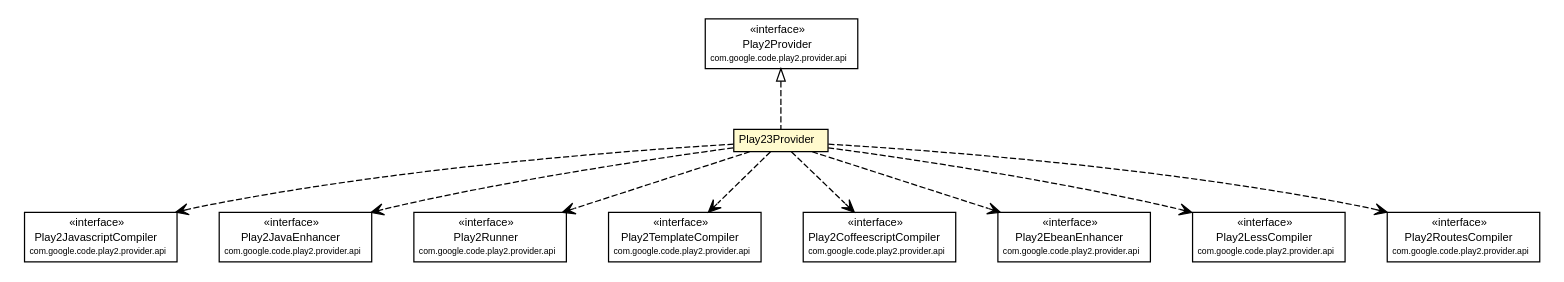
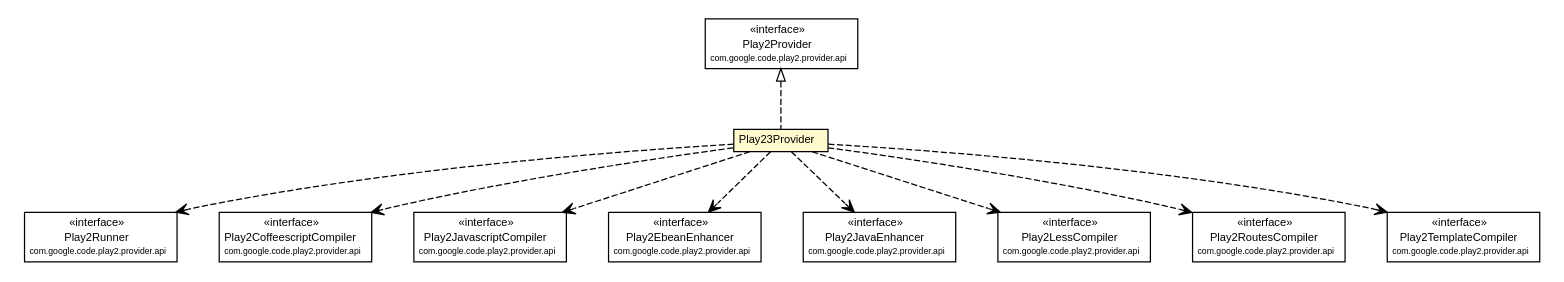
The diagram in play2-maven-plugin/1.0.0-beta6-SNAPSHOT/play2-providers/play2-provider-play23/apidocs/com/google/code/play2/provider/play23/Play23Provider.dot (play2-maven-plugin/play2-maven-plugin.github.io), drawn with Graphviz before and after one commit. The commit also changed 394 other files, not shown here.

```diff
--- a/play2-maven-plugin/1.0.0-beta6-SNAPSHOT/play2-providers/play2-provider-play23/apidocs/com/google/code/play2/provider/play23/Play23Provider.dot
+++ b/play2-maven-plugin/1.0.0-beta6-SNAPSHOT/play2-providers/play2-provider-play23/apidocs/com/google/code/play2/provider/play23/Play23Provider.dot
@@ -1,108 +1,108 @@
 #!/usr/local/bin/dot
 #
 # Class diagram 
 # Generated by UMLGraph version R5_6-24-gf6e263 (http://www.umlgraph.org/)
 #
 
 digraph G {
 	edge [fontname="arial",fontsize=10,labelfontname="arial",labelfontsize=10];
 	node [fontname="arial",fontsize=10,shape=plaintext];
 	nodesep=0.25;
 	ranksep=0.5;
 	// com.google.code.play2.provider.play23.Play23Provider
 	c189 [label=<<table title="com.google.code.play2.provider.play23.Play23Provider" border="0" cellborder="1" cellspacing="0" cellpadding="2" port="p" bgcolor="lemonChiffon" href="./Play23Provider.html">
 		<tr><td><table border="0" cellspacing="0" cellpadding="1">
 <tr><td align="center" balign="center"> Play23Provider </td></tr>
 		</table></td></tr>
 		</table>>, URL="./Play23Provider.html", fontname="arial", fontcolor="black", fontsize=9.0];
 	//com.google.code.play2.provider.play23.Play23Provider implements com.google.code.play2.provider.api.Play2Provider
 	c198:p -> c189:p [dir=back,arrowtail=empty,style=dashed];
+	// com.google.code.play2.provider.play23.Play23Provider DEPEND com.google.code.play2.provider.api.Play2Runner
+	c189:p -> c199:p [taillabel="", label="", headlabel="", fontname="arial", fontcolor="black", fontsize=10.0, color="black", arrowhead=open, style=dashed];
+	// com.google.code.play2.provider.play23.Play23Provider DEPEND com.google.code.play2.provider.api.Play2CoffeescriptCompiler
+	c189:p -> c200:p [taillabel="", label="", headlabel="", fontname="arial", fontcolor="black", fontsize=10.0, color="black", arrowhead=open, style=dashed];
 	// com.google.code.play2.provider.play23.Play23Provider DEPEND com.google.code.play2.provider.api.Play2JavascriptCompiler
-	c189:p -> c199:p [taillabel="", label="", headlabel="", fontname="arial", fontcolor="black", fontsize=10.0, color="black", arrowhead=open, style=dashed];
+	c189:p -> c201:p [taillabel="", label="", headlabel="", fontname="arial", fontcolor="black", fontsize=10.0, color="black", arrowhead=open, style=dashed];
+	// com.google.code.play2.provider.play23.Play23Provider DEPEND com.google.code.play2.provider.api.Play2EbeanEnhancer
+	c189:p -> c202:p [taillabel="", label="", headlabel="", fontname="arial", fontcolor="black", fontsize=10.0, color="black", arrowhead=open, style=dashed];
 	// com.google.code.play2.provider.play23.Play23Provider DEPEND com.google.code.play2.provider.api.Play2JavaEnhancer
-	c189:p -> c200:p [taillabel="", label="", headlabel="", fontname="arial", fontcolor="black", fontsize=10.0, color="black", arrowhead=open, style=dashed];
-	// com.google.code.play2.provider.play23.Play23Provider DEPEND com.google.code.play2.provider.api.Play2Runner
-	c189:p -> c201:p [taillabel="", label="", headlabel="", fontname="arial", fontcolor="black", fontsize=10.0, color="black", arrowhead=open, style=dashed];
+	c189:p -> c203:p [taillabel="", label="", headlabel="", fontname="arial", fontcolor="black", fontsize=10.0, color="black", arrowhead=open, style=dashed];
+	// com.google.code.play2.provider.play23.Play23Provider DEPEND com.google.code.play2.provider.api.Play2LessCompiler
+	c189:p -> c204:p [taillabel="", label="", headlabel="", fontname="arial", fontcolor="black", fontsize=10.0, color="black", arrowhead=open, style=dashed];
+	// com.google.code.play2.provider.play23.Play23Provider DEPEND com.google.code.play2.provider.api.Play2RoutesCompiler
+	c189:p -> c205:p [taillabel="", label="", headlabel="", fontname="arial", fontcolor="black", fontsize=10.0, color="black", arrowhead=open, style=dashed];
 	// com.google.code.play2.provider.play23.Play23Provider DEPEND com.google.code.play2.provider.api.Play2TemplateCompiler
-	c189:p -> c202:p [taillabel="", label="", headlabel="", fontname="arial", fontcolor="black", fontsize=10.0, color="black", arrowhead=open, style=dashed];
-	// com.google.code.play2.provider.play23.Play23Provider DEPEND com.google.code.play2.provider.api.Play2CoffeescriptCompiler
-	c189:p -> c203:p [taillabel="", label="", headlabel="", fontname="arial", fontcolor="black", fontsize=10.0, color="black", arrowhead=open, style=dashed];
-	// com.google.code.play2.provider.play23.Play23Provider DEPEND com.google.code.play2.provider.api.Play2EbeanEnhancer
-	c189:p -> c204:p [taillabel="", label="", headlabel="", fontname="arial", fontcolor="black", fontsize=10.0, color="black", arrowhead=open, style=dashed];
-	// com.google.code.play2.provider.play23.Play23Provider DEPEND com.google.code.play2.provider.api.Play2LessCompiler
-	c189:p -> c205:p [taillabel="", label="", headlabel="", fontname="arial", fontcolor="black", fontsize=10.0, color="black", arrowhead=open, style=dashed];
-	// com.google.code.play2.provider.play23.Play23Provider DEPEND com.google.code.play2.provider.api.Play2RoutesCompiler
 	c189:p -> c206:p [taillabel="", label="", headlabel="", fontname="arial", fontcolor="black", fontsize=10.0, color="black", arrowhead=open, style=dashed];
 	// com.google.code.play2.provider.api.Play2Provider
 	c198 [label=<<table title="com.google.code.play2.provider.api.Play2Provider" border="0" cellborder="1" cellspacing="0" cellpadding="2" port="p">
 		<tr><td><table border="0" cellspacing="0" cellpadding="1">
 <tr><td align="center" balign="center"> &#171;interface&#187; </td></tr>
 <tr><td align="center" balign="center"> Play2Provider </td></tr>
 <tr><td align="center" balign="center"><font point-size="7.0"> com.google.code.play2.provider.api </font></td></tr>
 		</table></td></tr>
 		</table>>, URL="null", fontname="arial", fontcolor="black", fontsize=9.0];
 	// com.google.code.play2.provider.api.Play2RoutesCompiler
-	c206 [label=<<table title="com.google.code.play2.provider.api.Play2RoutesCompiler" border="0" cellborder="1" cellspacing="0" cellpadding="2" port="p">
+	c205 [label=<<table title="com.google.code.play2.provider.api.Play2RoutesCompiler" border="0" cellborder="1" cellspacing="0" cellpadding="2" port="p">
 		<tr><td><table border="0" cellspacing="0" cellpadding="1">
 <tr><td align="center" balign="center"> &#171;interface&#187; </td></tr>
 <tr><td align="center" balign="center"> Play2RoutesCompiler </td></tr>
 <tr><td align="center" balign="center"><font point-size="7.0"> com.google.code.play2.provider.api </font></td></tr>
 		</table></td></tr>
 		</table>>, URL="null", fontname="arial", fontcolor="black", fontsize=9.0];
 	// com.google.code.play2.provider.api.Play2LessCompiler
-	c205 [label=<<table title="com.google.code.play2.provider.api.Play2LessCompiler" border="0" cellborder="1" cellspacing="0" cellpadding="2" port="p">
+	c204 [label=<<table title="com.google.code.play2.provider.api.Play2LessCompiler" border="0" cellborder="1" cellspacing="0" cellpadding="2" port="p">
 		<tr><td><table border="0" cellspacing="0" cellpadding="1">
 <tr><td align="center" balign="center"> &#171;interface&#187; </td></tr>
 <tr><td align="center" balign="center"> Play2LessCompiler </td></tr>
 <tr><td align="center" balign="center"><font point-size="7.0"> com.google.code.play2.provider.api </font></td></tr>
 		</table></td></tr>
 		</table>>, URL="null", fontname="arial", fontcolor="black", fontsize=9.0];
 	// com.google.code.play2.provider.api.Play2TemplateCompiler
-	c202 [label=<<table title="com.google.code.play2.provider.api.Play2TemplateCompiler" border="0" cellborder="1" cellspacing="0" cellpadding="2" port="p">
+	c206 [label=<<table title="com.google.code.play2.provider.api.Play2TemplateCompiler" border="0" cellborder="1" cellspacing="0" cellpadding="2" port="p">
 		<tr><td><table border="0" cellspacing="0" cellpadding="1">
 <tr><td align="center" balign="center"> &#171;interface&#187; </td></tr>
 <tr><td align="center" balign="center"> Play2TemplateCompiler </td></tr>
 <tr><td align="center" balign="center"><font point-size="7.0"> com.google.code.play2.provider.api </font></td></tr>
 		</table></td></tr>
 		</table>>, URL="null", fontname="arial", fontcolor="black", fontsize=9.0];
 	// com.google.code.play2.provider.api.Play2CoffeescriptCompiler
-	c203 [label=<<table title="com.google.code.play2.provider.api.Play2CoffeescriptCompiler" border="0" cellborder="1" cellspacing="0" cellpadding="2" port="p">
+	c200 [label=<<table title="com.google.code.play2.provider.api.Play2CoffeescriptCompiler" border="0" cellborder="1" cellspacing="0" cellpadding="2" port="p">
 		<tr><td><table border="0" cellspacing="0" cellpadding="1">
 <tr><td align="center" balign="center"> &#171;interface&#187; </td></tr>
 <tr><td align="center" balign="center"> Play2CoffeescriptCompiler </td></tr>
 <tr><td align="center" balign="center"><font point-size="7.0"> com.google.code.play2.provider.api </font></td></tr>
 		</table></td></tr>
 		</table>>, URL="null", fontname="arial", fontcolor="black", fontsize=9.0];
 	// com.google.code.play2.provider.api.Play2EbeanEnhancer
-	c204 [label=<<table title="com.google.code.play2.provider.api.Play2EbeanEnhancer" border="0" cellborder="1" cellspacing="0" cellpadding="2" port="p">
+	c202 [label=<<table title="com.google.code.play2.provider.api.Play2EbeanEnhancer" border="0" cellborder="1" cellspacing="0" cellpadding="2" port="p">
 		<tr><td><table border="0" cellspacing="0" cellpadding="1">
 <tr><td align="center" balign="center"> &#171;interface&#187; </td></tr>
 <tr><td align="center" balign="center"> Play2EbeanEnhancer </td></tr>
 <tr><td align="center" balign="center"><font point-size="7.0"> com.google.code.play2.provider.api </font></td></tr>
 		</table></td></tr>
 		</table>>, URL="null", fontname="arial", fontcolor="black", fontsize=9.0];
 	// com.google.code.play2.provider.api.Play2JavascriptCompiler
-	c199 [label=<<table title="com.google.code.play2.provider.api.Play2JavascriptCompiler" border="0" cellborder="1" cellspacing="0" cellpadding="2" port="p">
+	c201 [label=<<table title="com.google.code.play2.provider.api.Play2JavascriptCompiler" border="0" cellborder="1" cellspacing="0" cellpadding="2" port="p">
 		<tr><td><table border="0" cellspacing="0" cellpadding="1">
 <tr><td align="center" balign="center"> &#171;interface&#187; </td></tr>
 <tr><td align="center" balign="center"> Play2JavascriptCompiler </td></tr>
 <tr><td align="center" balign="center"><font point-size="7.0"> com.google.code.play2.provider.api </font></td></tr>
 		</table></td></tr>
 		</table>>, URL="null", fontname="arial", fontcolor="black", fontsize=9.0];
 	// com.google.code.play2.provider.api.Play2JavaEnhancer
-	c200 [label=<<table title="com.google.code.play2.provider.api.Play2JavaEnhancer" border="0" cellborder="1" cellspacing="0" cellpadding="2" port="p">
+	c203 [label=<<table title="com.google.code.play2.provider.api.Play2JavaEnhancer" border="0" cellborder="1" cellspacing="0" cellpadding="2" port="p">
 		<tr><td><table border="0" cellspacing="0" cellpadding="1">
 <tr><td align="center" balign="center"> &#171;interface&#187; </td></tr>
 <tr><td align="center" balign="center"> Play2JavaEnhancer </td></tr>
 <tr><td align="center" balign="center"><font point-size="7.0"> com.google.code.play2.provider.api </font></td></tr>
 		</table></td></tr>
 		</table>>, URL="null", fontname="arial", fontcolor="black", fontsize=9.0];
 	// com.google.code.play2.provider.api.Play2Runner
-	c201 [label=<<table title="com.google.code.play2.provider.api.Play2Runner" border="0" cellborder="1" cellspacing="0" cellpadding="2" port="p">
+	c199 [label=<<table title="com.google.code.play2.provider.api.Play2Runner" border="0" cellborder="1" cellspacing="0" cellpadding="2" port="p">
 		<tr><td><table border="0" cellspacing="0" cellpadding="1">
 <tr><td align="center" balign="center"> &#171;interface&#187; </td></tr>
 <tr><td align="center" balign="center"> Play2Runner </td></tr>
 <tr><td align="center" balign="center"><font point-size="7.0"> com.google.code.play2.provider.api </font></td></tr>
 		</table></td></tr>
 		</table>>, URL="null", fontname="arial", fontcolor="black", fontsize=9.0];
 }
```
